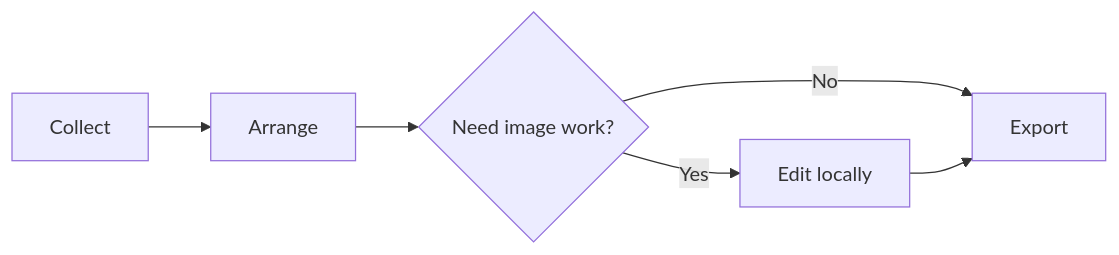
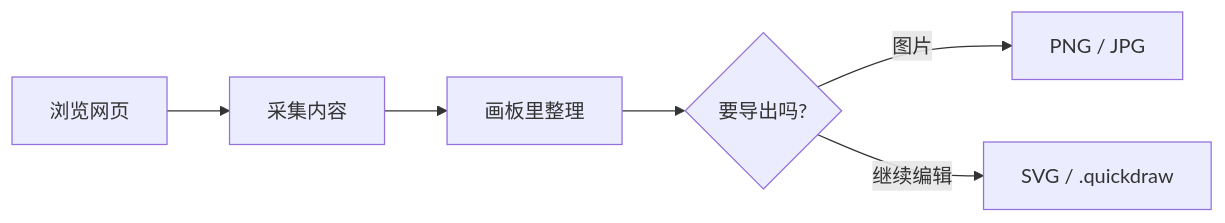
Before and after one commit to baize7815/quickdraw-sidepanel: the diagram in README.md, drawn with Mermaid. The commit also changed other lines of this file and 10 other files, not shown here.

````diff
--- a/README.md
+++ b/README.md
@@ -105,8 +127,8 @@
 ```mermaid
 flowchart LR
-    A[Collect] --> B[Arrange]
-    B --> C{Need image work?}
-    C -->|Yes| D[Edit locally]
-    C -->|No| E[Export]
-    D --> E
+  A[浏览网页] --> B[采集内容]
+  B --> C[画板里整理]
+  C --> D{要导出吗?}
+  D -->|图片| E[PNG / JPG]
+  D -->|继续编辑| F[SVG / .quickdraw]
 ```
````
